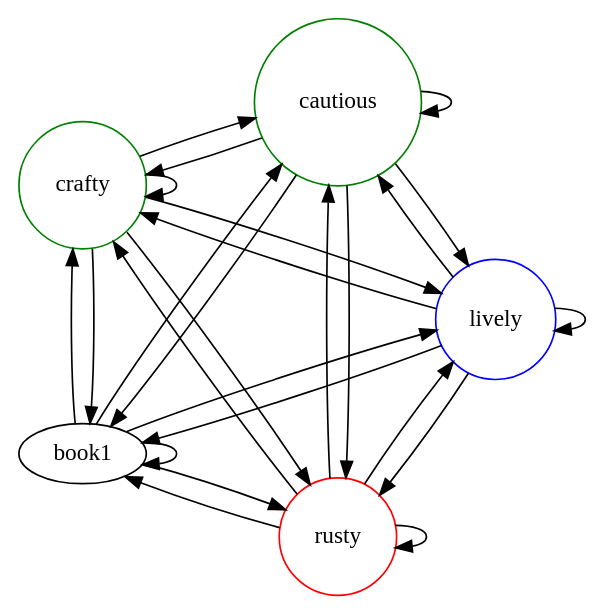
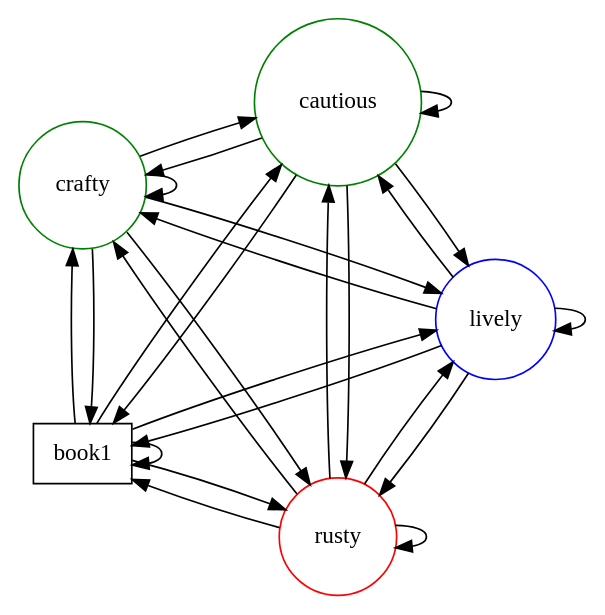
One commit to mskmoorthy/PancaTantra-Graph changed the diagram in src/logos/panchalogo.gv. Above: the diagram before and after it, drawn with Graphviz.

Commit message:
book1: box

```diff
--- a/src/logos/panchalogo.gv
+++ b/src/logos/panchalogo.gv
@@ -1,10 +1,11 @@
 // see https://stackoverflow.com/questions/46317240/how-to-layout-complete-graphs-circularly-using-dot-and-graphviz
 
 strict digraph P  {
         layout=circo
         rusty [shape=circle, color=red]
         lively [color=blue, shape=circle]
         crafty [shape=circle, color=green]
         cautious [color=green, shape=circle]
+        book1 [shape=box]
         {book1, rusty, lively, cautious, crafty}->{book1, rusty, lively, cautious, crafty}
 }
```
